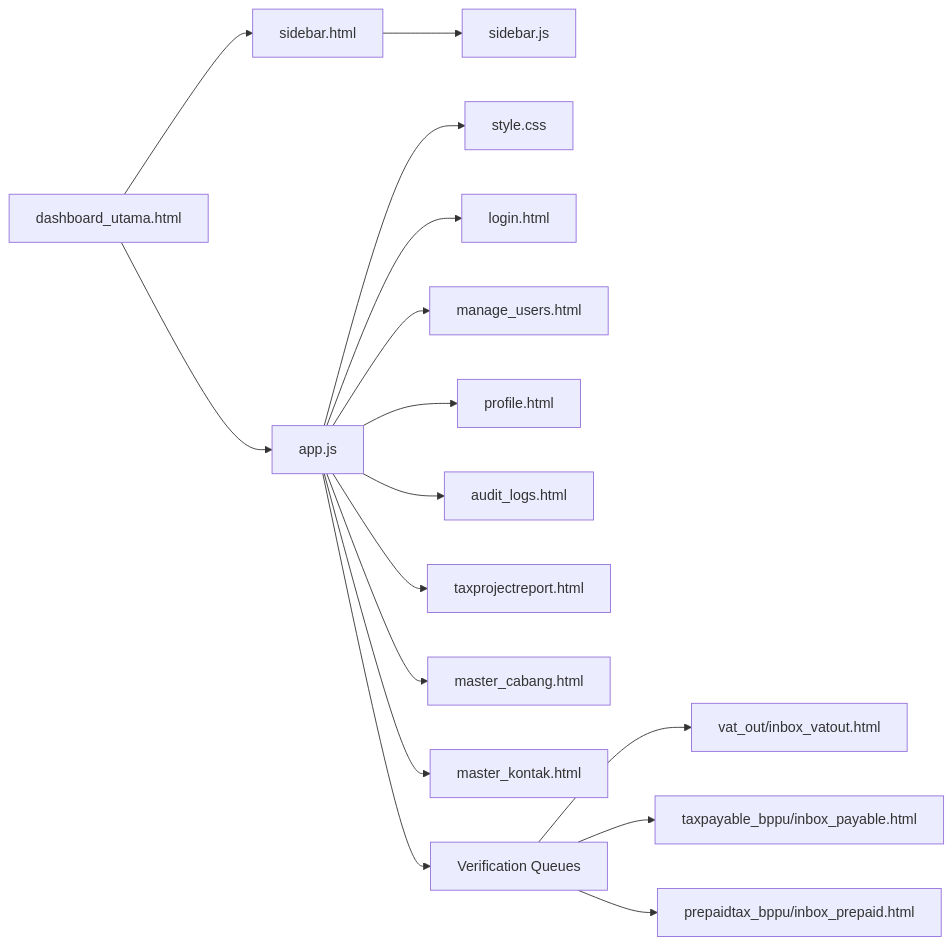
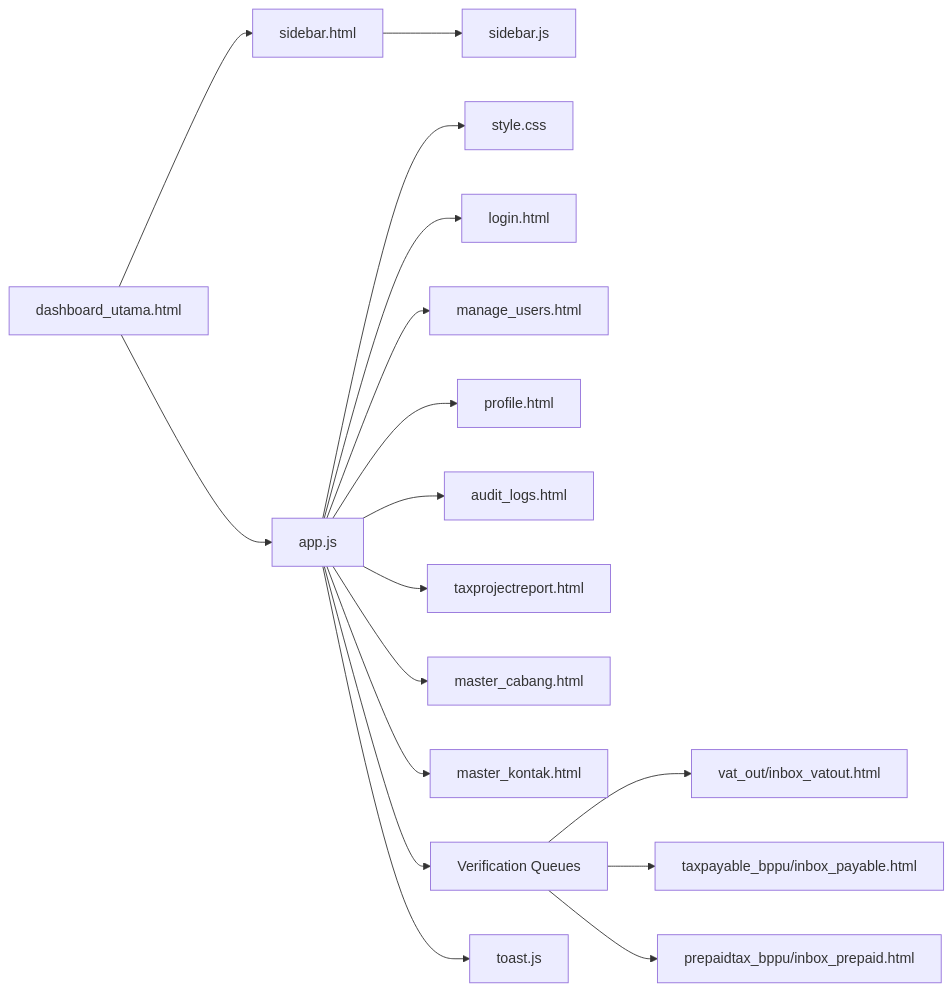
Before and after one commit to rendisiagian/TDS_by_RENDISIAGIAN: the eighth of 8 diagrams in .qoder/repowiki/en/content/User Interface & Experience/Dashboard & Navigation.md, drawn with Mermaid. The commit also changed other lines of this file and 6 other files, not shown here.

````diff
--- a/.qoder/repowiki/en/content/User Interface & Experience/Dashboard & Navigation.md
+++ b/.qoder/repowiki/en/content/User Interface & Experience/Dashboard & Navigation.md
@@ -426,18 +524,19 @@
 ```mermaid
 graph LR
 DU["dashboard_utama.html"] --> SB["sidebar.html"]
 DU --> AP["app.js"]
 SB --> BJ["sidebar.js"]
 AP --> ST["style.css"]
 AP --> LG["login.html"]
 AP --> MU["manage_users.html"]
 AP --> PR["profile.html"]
 AP --> AL["audit_logs.html"]
 AP --> TR["taxprojectreport.html"]
 AP --> MC["master_cabang.html"]
 AP --> MK["master_kontak.html"]
 AP --> VQ["Verification Queues"]
+AP --> TOAST["toast.js"]
 VQ --> VO["vat_out/inbox_vatout.html"]
 VQ --> VP["taxpayable_bppu/inbox_payable.html"]
 VQ --> VPRE["prepaidtax_bppu/inbox_prepaid.html"]
 ```
````
